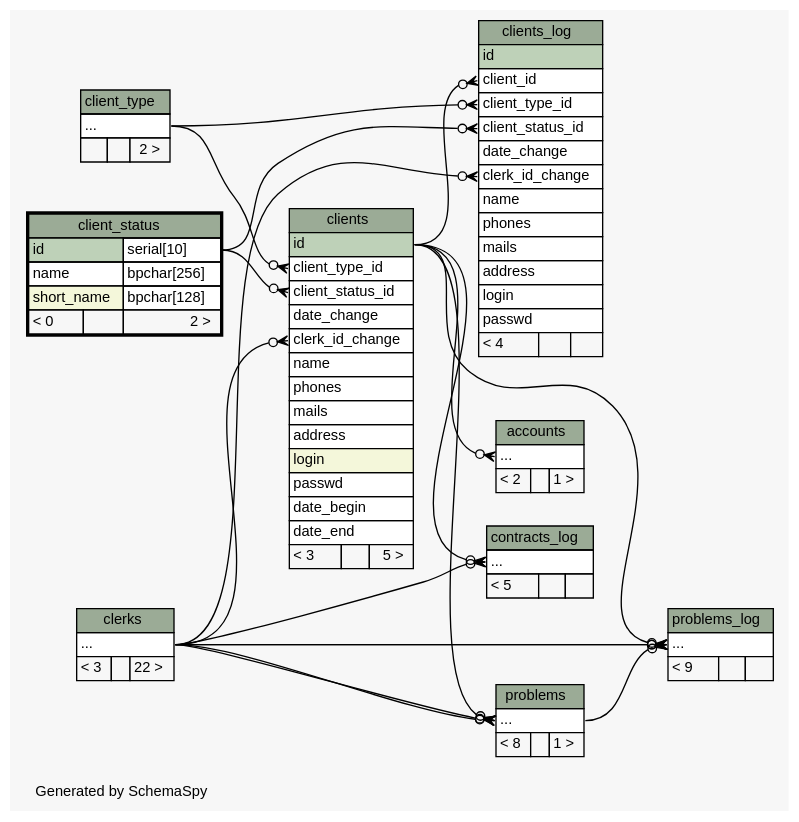
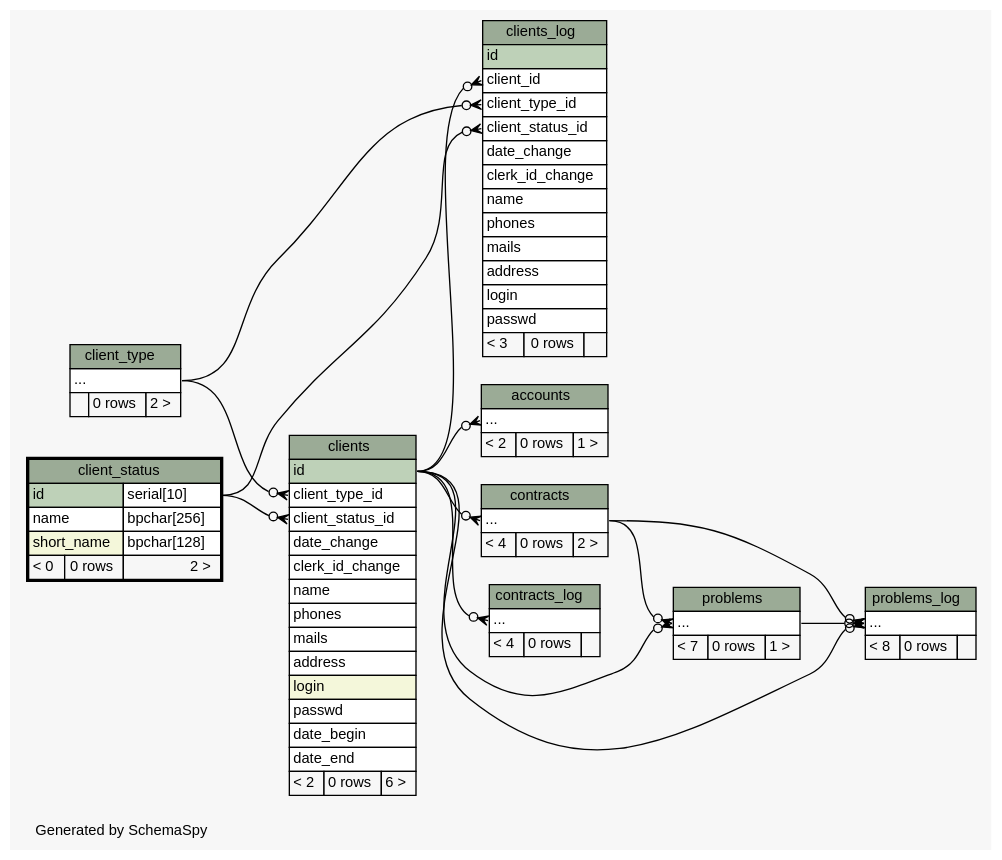
One commit to okharch/avox changed the diagram in db_schema/diagrams/client_status.2degrees.dot. Above: the diagram before and after it, drawn with Graphviz. The commit also changed 391 other files, not shown here.

```diff
--- a/db_schema/diagrams/client_status.2degrees.dot
+++ b/db_schema/diagrams/client_status.2degrees.dot
@@ -1,154 +1,150 @@
 // dot 2.26.0 on Linux 2.6.32-358.2.1.el6.x86_64
 // SchemaSpy rev 590
 digraph "twoDegreesRelationshipsDiagram" {
   graph [
     rankdir="RL"
     bgcolor="#f7f7f7"
     label="\nGenerated by SchemaSpy"
     labeljust="l"
     nodesep="0.18"
     ranksep="0.46"
     fontname="Helvetica"
     fontsize="11"
   ];
   node [
     fontname="Helvetica"
     fontsize="11"
     shape="plaintext"
   ];
   edge [
     arrowsize="0.8"
   ];
   "accounts":"elipses":w -> "clients":"id":e [arrowhead=none dir=back arrowtail=crowodot];
-  "clients":"clerk_id_change":w -> "clerks":"elipses":e [arrowhead=none dir=back arrowtail=crowodot];
   "clients":"client_status_id":w -> "client_status":"id.type":e [arrowhead=none dir=back arrowtail=crowodot];
   "clients":"client_type_id":w -> "client_type":"elipses":e [arrowhead=none dir=back arrowtail=crowodot];
-  "clients_log":"clerk_id_change":w -> "clerks":"elipses":e [arrowhead=none dir=back arrowtail=crowodot];
   "clients_log":"client_id":w -> "clients":"id":e [arrowhead=none dir=back arrowtail=crowodot];
   "clients_log":"client_status_id":w -> "client_status":"id.type":e [arrowhead=none dir=back arrowtail=crowodot];
   "clients_log":"client_type_id":w -> "client_type":"elipses":e [arrowhead=none dir=back arrowtail=crowodot];
-  "contracts_log":"elipses":w -> "clerks":"elipses":e [arrowhead=none dir=back arrowtail=crowodot];
+  "contracts":"elipses":w -> "clients":"id":e [arrowhead=none dir=back arrowtail=crowodot];
   "contracts_log":"elipses":w -> "clients":"id":e [arrowhead=none dir=back arrowtail=crowodot];
-  "problems":"elipses":w -> "clerks":"elipses":e [arrowhead=none dir=back arrowtail=crowodot];
-  "problems":"elipses":w -> "clerks":"elipses":e [arrowhead=none dir=back arrowtail=crowodot];
   "problems":"elipses":w -> "clients":"id":e [arrowhead=none dir=back arrowtail=crowodot];
-  "problems_log":"elipses":w -> "clerks":"elipses":e [arrowhead=none dir=back arrowtail=crowodot];
-  "problems_log":"elipses":w -> "clerks":"elipses":e [arrowhead=none dir=back arrowtail=crowodot];
+  "problems":"elipses":w -> "contracts":"elipses":e [arrowhead=none dir=back arrowtail=crowodot];
   "problems_log":"elipses":w -> "clients":"id":e [arrowhead=none dir=back arrowtail=crowodot];
+  "problems_log":"elipses":w -> "contracts":"elipses":e [arrowhead=none dir=back arrowtail=crowodot];
   "problems_log":"elipses":w -> "problems":"elipses":e [arrowhead=none dir=back arrowtail=crowodot];
   "accounts" [
     label=<
     <TABLE BORDER="0" CELLBORDER="1" CELLSPACING="0" BGCOLOR="#ffffff">
       <TR><TD COLSPAN="3" BGCOLOR="#9bab96" ALIGN="CENTER">accounts</TD></TR>
       <TR><TD PORT="elipses" COLSPAN="3" ALIGN="LEFT">...</TD></TR>
-      <TR><TD ALIGN="LEFT" BGCOLOR="#f7f7f7">&lt; 2</TD><TD ALIGN="RIGHT" BGCOLOR="#f7f7f7">  </TD><TD ALIGN="RIGHT" BGCOLOR="#f7f7f7">1 &gt;</TD></TR>
+      <TR><TD ALIGN="LEFT" BGCOLOR="#f7f7f7">&lt; 2</TD><TD ALIGN="RIGHT" BGCOLOR="#f7f7f7">0 rows</TD><TD ALIGN="RIGHT" BGCOLOR="#f7f7f7">1 &gt;</TD></TR>
     </TABLE>>
     URL="accounts.html"
     tooltip="accounts"
-  ];
-  "clerks" [
-    label=<
-    <TABLE BORDER="0" CELLBORDER="1" CELLSPACING="0" BGCOLOR="#ffffff">
-      <TR><TD COLSPAN="3" BGCOLOR="#9bab96" ALIGN="CENTER">clerks</TD></TR>
-      <TR><TD PORT="elipses" COLSPAN="3" ALIGN="LEFT">...</TD></TR>
-      <TR><TD ALIGN="LEFT" BGCOLOR="#f7f7f7">&lt; 3</TD><TD ALIGN="RIGHT" BGCOLOR="#f7f7f7">  </TD><TD ALIGN="RIGHT" BGCOLOR="#f7f7f7">22 &gt;</TD></TR>
-    </TABLE>>
-    URL="clerks.html"
-    tooltip="clerks"
   ];
   "client_status" [
     label=<
     <TABLE BORDER="2" CELLBORDER="1" CELLSPACING="0" BGCOLOR="#ffffff">
       <TR><TD COLSPAN="3" BGCOLOR="#9bab96" ALIGN="CENTER">client_status</TD></TR>
       <TR><TD PORT="id" COLSPAN="2" BGCOLOR="#bed1b8" ALIGN="LEFT">id</TD><TD PORT="id.type" ALIGN="LEFT">serial[10]</TD></TR>
       <TR><TD PORT="name" COLSPAN="2" ALIGN="LEFT">name</TD><TD PORT="name.type" ALIGN="LEFT">bpchar[256]</TD></TR>
       <TR><TD PORT="short_name" COLSPAN="2" BGCOLOR="#f4f7da" ALIGN="LEFT">short_name</TD><TD PORT="short_name.type" ALIGN="LEFT">bpchar[128]</TD></TR>
-      <TR><TD ALIGN="LEFT" BGCOLOR="#f7f7f7">&lt; 0</TD><TD ALIGN="RIGHT" BGCOLOR="#f7f7f7">  </TD><TD ALIGN="RIGHT" BGCOLOR="#f7f7f7">2 &gt;</TD></TR>
+      <TR><TD ALIGN="LEFT" BGCOLOR="#f7f7f7">&lt; 0</TD><TD ALIGN="RIGHT" BGCOLOR="#f7f7f7">0 rows</TD><TD ALIGN="RIGHT" BGCOLOR="#f7f7f7">2 &gt;</TD></TR>
     </TABLE>>
     URL="client_status.html"
     tooltip="client_status"
   ];
   "client_type" [
     label=<
     <TABLE BORDER="0" CELLBORDER="1" CELLSPACING="0" BGCOLOR="#ffffff">
       <TR><TD COLSPAN="3" BGCOLOR="#9bab96" ALIGN="CENTER">client_type</TD></TR>
       <TR><TD PORT="elipses" COLSPAN="3" ALIGN="LEFT">...</TD></TR>
-      <TR><TD ALIGN="LEFT" BGCOLOR="#f7f7f7">  </TD><TD ALIGN="RIGHT" BGCOLOR="#f7f7f7">  </TD><TD ALIGN="RIGHT" BGCOLOR="#f7f7f7">2 &gt;</TD></TR>
+      <TR><TD ALIGN="LEFT" BGCOLOR="#f7f7f7">  </TD><TD ALIGN="RIGHT" BGCOLOR="#f7f7f7">0 rows</TD><TD ALIGN="RIGHT" BGCOLOR="#f7f7f7">2 &gt;</TD></TR>
     </TABLE>>
     URL="client_type.html"
     tooltip="client_type"
   ];
   "clients" [
     label=<
     <TABLE BORDER="0" CELLBORDER="1" CELLSPACING="0" BGCOLOR="#ffffff">
       <TR><TD COLSPAN="3" BGCOLOR="#9bab96" ALIGN="CENTER">clients</TD></TR>
       <TR><TD PORT="id" COLSPAN="3" BGCOLOR="#bed1b8" ALIGN="LEFT">id</TD></TR>
       <TR><TD PORT="client_type_id" COLSPAN="3" ALIGN="LEFT">client_type_id</TD></TR>
       <TR><TD PORT="client_status_id" COLSPAN="3" ALIGN="LEFT">client_status_id</TD></TR>
       <TR><TD PORT="date_change" COLSPAN="3" ALIGN="LEFT">date_change</TD></TR>
       <TR><TD PORT="clerk_id_change" COLSPAN="3" ALIGN="LEFT">clerk_id_change</TD></TR>
       <TR><TD PORT="name" COLSPAN="3" ALIGN="LEFT">name</TD></TR>
       <TR><TD PORT="phones" COLSPAN="3" ALIGN="LEFT">phones</TD></TR>
       <TR><TD PORT="mails" COLSPAN="3" ALIGN="LEFT">mails</TD></TR>
       <TR><TD PORT="address" COLSPAN="3" ALIGN="LEFT">address</TD></TR>
       <TR><TD PORT="login" COLSPAN="3" BGCOLOR="#f4f7da" ALIGN="LEFT">login</TD></TR>
       <TR><TD PORT="passwd" COLSPAN="3" ALIGN="LEFT">passwd</TD></TR>
       <TR><TD PORT="date_begin" COLSPAN="3" ALIGN="LEFT">date_begin</TD></TR>
       <TR><TD PORT="date_end" COLSPAN="3" ALIGN="LEFT">date_end</TD></TR>
-      <TR><TD ALIGN="LEFT" BGCOLOR="#f7f7f7">&lt; 3</TD><TD ALIGN="RIGHT" BGCOLOR="#f7f7f7">  </TD><TD ALIGN="RIGHT" BGCOLOR="#f7f7f7">5 &gt;</TD></TR>
+      <TR><TD ALIGN="LEFT" BGCOLOR="#f7f7f7">&lt; 2</TD><TD ALIGN="RIGHT" BGCOLOR="#f7f7f7">0 rows</TD><TD ALIGN="RIGHT" BGCOLOR="#f7f7f7">6 &gt;</TD></TR>
     </TABLE>>
     URL="clients.html"
     tooltip="clients"
   ];
   "clients_log" [
     label=<
     <TABLE BORDER="0" CELLBORDER="1" CELLSPACING="0" BGCOLOR="#ffffff">
       <TR><TD COLSPAN="3" BGCOLOR="#9bab96" ALIGN="CENTER">clients_log</TD></TR>
       <TR><TD PORT="id" COLSPAN="3" BGCOLOR="#bed1b8" ALIGN="LEFT">id</TD></TR>
       <TR><TD PORT="client_id" COLSPAN="3" ALIGN="LEFT">client_id</TD></TR>
       <TR><TD PORT="client_type_id" COLSPAN="3" ALIGN="LEFT">client_type_id</TD></TR>
       <TR><TD PORT="client_status_id" COLSPAN="3" ALIGN="LEFT">client_status_id</TD></TR>
       <TR><TD PORT="date_change" COLSPAN="3" ALIGN="LEFT">date_change</TD></TR>
       <TR><TD PORT="clerk_id_change" COLSPAN="3" ALIGN="LEFT">clerk_id_change</TD></TR>
       <TR><TD PORT="name" COLSPAN="3" ALIGN="LEFT">name</TD></TR>
       <TR><TD PORT="phones" COLSPAN="3" ALIGN="LEFT">phones</TD></TR>
       <TR><TD PORT="mails" COLSPAN="3" ALIGN="LEFT">mails</TD></TR>
       <TR><TD PORT="address" COLSPAN="3" ALIGN="LEFT">address</TD></TR>
       <TR><TD PORT="login" COLSPAN="3" ALIGN="LEFT">login</TD></TR>
       <TR><TD PORT="passwd" COLSPAN="3" ALIGN="LEFT">passwd</TD></TR>
-      <TR><TD ALIGN="LEFT" BGCOLOR="#f7f7f7">&lt; 4</TD><TD ALIGN="RIGHT" BGCOLOR="#f7f7f7">  </TD><TD ALIGN="RIGHT" BGCOLOR="#f7f7f7">  </TD></TR>
+      <TR><TD ALIGN="LEFT" BGCOLOR="#f7f7f7">&lt; 3</TD><TD ALIGN="RIGHT" BGCOLOR="#f7f7f7">0 rows</TD><TD ALIGN="RIGHT" BGCOLOR="#f7f7f7">  </TD></TR>
     </TABLE>>
     URL="clients_log.html"
     tooltip="clients_log"
+  ];
+  "contracts" [
+    label=<
+    <TABLE BORDER="0" CELLBORDER="1" CELLSPACING="0" BGCOLOR="#ffffff">
+      <TR><TD COLSPAN="3" BGCOLOR="#9bab96" ALIGN="CENTER">contracts</TD></TR>
+      <TR><TD PORT="elipses" COLSPAN="3" ALIGN="LEFT">...</TD></TR>
+      <TR><TD ALIGN="LEFT" BGCOLOR="#f7f7f7">&lt; 4</TD><TD ALIGN="RIGHT" BGCOLOR="#f7f7f7">0 rows</TD><TD ALIGN="RIGHT" BGCOLOR="#f7f7f7">2 &gt;</TD></TR>
+    </TABLE>>
+    URL="contracts.html"
+    tooltip="contracts"
   ];
   "contracts_log" [
     label=<
     <TABLE BORDER="0" CELLBORDER="1" CELLSPACING="0" BGCOLOR="#ffffff">
       <TR><TD COLSPAN="3" BGCOLOR="#9bab96" ALIGN="CENTER">contracts_log</TD></TR>
       <TR><TD PORT="elipses" COLSPAN="3" ALIGN="LEFT">...</TD></TR>
-      <TR><TD ALIGN="LEFT" BGCOLOR="#f7f7f7">&lt; 5</TD><TD ALIGN="RIGHT" BGCOLOR="#f7f7f7">  </TD><TD ALIGN="RIGHT" BGCOLOR="#f7f7f7">  </TD></TR>
+      <TR><TD ALIGN="LEFT" BGCOLOR="#f7f7f7">&lt; 4</TD><TD ALIGN="RIGHT" BGCOLOR="#f7f7f7">0 rows</TD><TD ALIGN="RIGHT" BGCOLOR="#f7f7f7">  </TD></TR>
     </TABLE>>
     URL="contracts_log.html"
     tooltip="contracts_log"
   ];
   "problems" [
     label=<
     <TABLE BORDER="0" CELLBORDER="1" CELLSPACING="0" BGCOLOR="#ffffff">
       <TR><TD COLSPAN="3" BGCOLOR="#9bab96" ALIGN="CENTER">problems</TD></TR>
       <TR><TD PORT="elipses" COLSPAN="3" ALIGN="LEFT">...</TD></TR>
-      <TR><TD ALIGN="LEFT" BGCOLOR="#f7f7f7">&lt; 8</TD><TD ALIGN="RIGHT" BGCOLOR="#f7f7f7">  </TD><TD ALIGN="RIGHT" BGCOLOR="#f7f7f7">1 &gt;</TD></TR>
+      <TR><TD ALIGN="LEFT" BGCOLOR="#f7f7f7">&lt; 7</TD><TD ALIGN="RIGHT" BGCOLOR="#f7f7f7">0 rows</TD><TD ALIGN="RIGHT" BGCOLOR="#f7f7f7">1 &gt;</TD></TR>
     </TABLE>>
     URL="problems.html"
     tooltip="problems"
   ];
   "problems_log" [
     label=<
     <TABLE BORDER="0" CELLBORDER="1" CELLSPACING="0" BGCOLOR="#ffffff">
       <TR><TD COLSPAN="3" BGCOLOR="#9bab96" ALIGN="CENTER">problems_log</TD></TR>
       <TR><TD PORT="elipses" COLSPAN="3" ALIGN="LEFT">...</TD></TR>
-      <TR><TD ALIGN="LEFT" BGCOLOR="#f7f7f7">&lt; 9</TD><TD ALIGN="RIGHT" BGCOLOR="#f7f7f7">  </TD><TD ALIGN="RIGHT" BGCOLOR="#f7f7f7">  </TD></TR>
+      <TR><TD ALIGN="LEFT" BGCOLOR="#f7f7f7">&lt; 8</TD><TD ALIGN="RIGHT" BGCOLOR="#f7f7f7">0 rows</TD><TD ALIGN="RIGHT" BGCOLOR="#f7f7f7">  </TD></TR>
     </TABLE>>
     URL="problems_log.html"
     tooltip="problems_log"
   ];
 }
```
